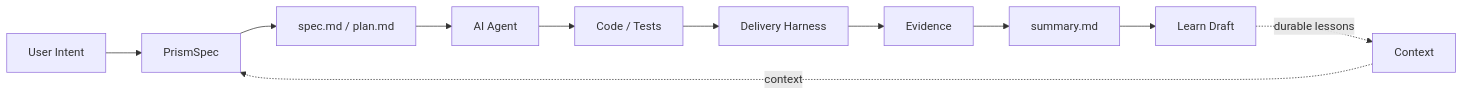
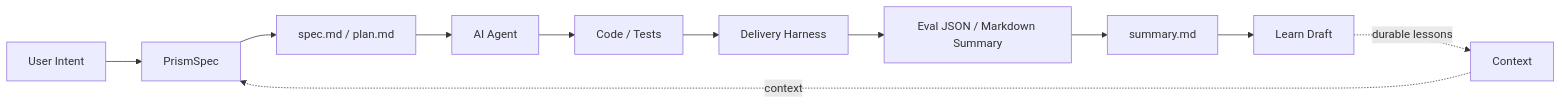
One commit to zdolphin07-dotcom/lattice changed the diagram in docs/wiki/README.md. Above: the diagram before and after it, drawn with Mermaid. The commit also changed other lines of this file and 13 other files, not shown here.

Commit message:
add eval markdown summary

````diff
--- a/docs/wiki/README.md
+++ b/docs/wiki/README.md
@@ -17,13 +17,13 @@
 ```mermaid
 flowchart LR
     U["User Intent"] --> PS["PrismSpec"]
     PS --> SPEC["spec.md / plan.md"]
     K["Context"] -. context .-> PS
     SPEC --> A["AI Agent"]
     A --> CODE["Code / Tests"]
     CODE --> H["Delivery Harness"]
-    H --> EV["Evidence"]
+    H --> EV["Eval JSON / Markdown Summary"]
     EV --> F["summary.md"]
     F --> L["Learn Draft"]
     L -. durable lessons .-> K
 ```
````
